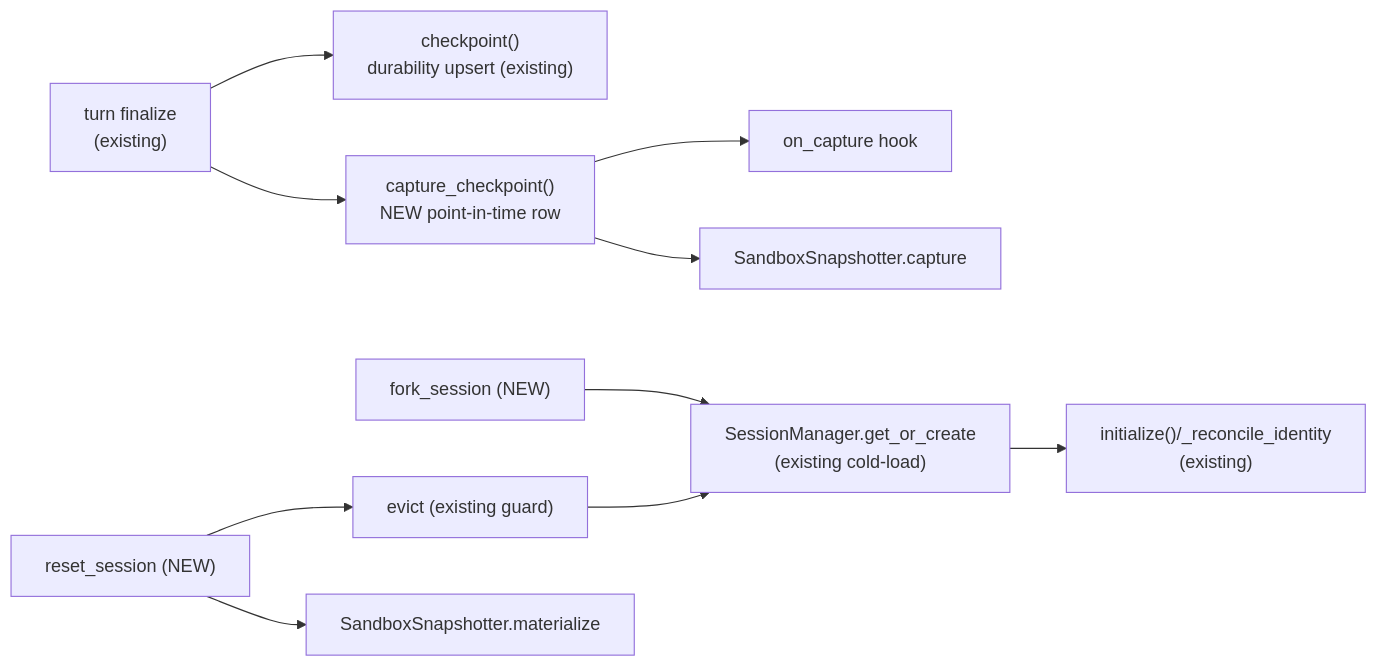
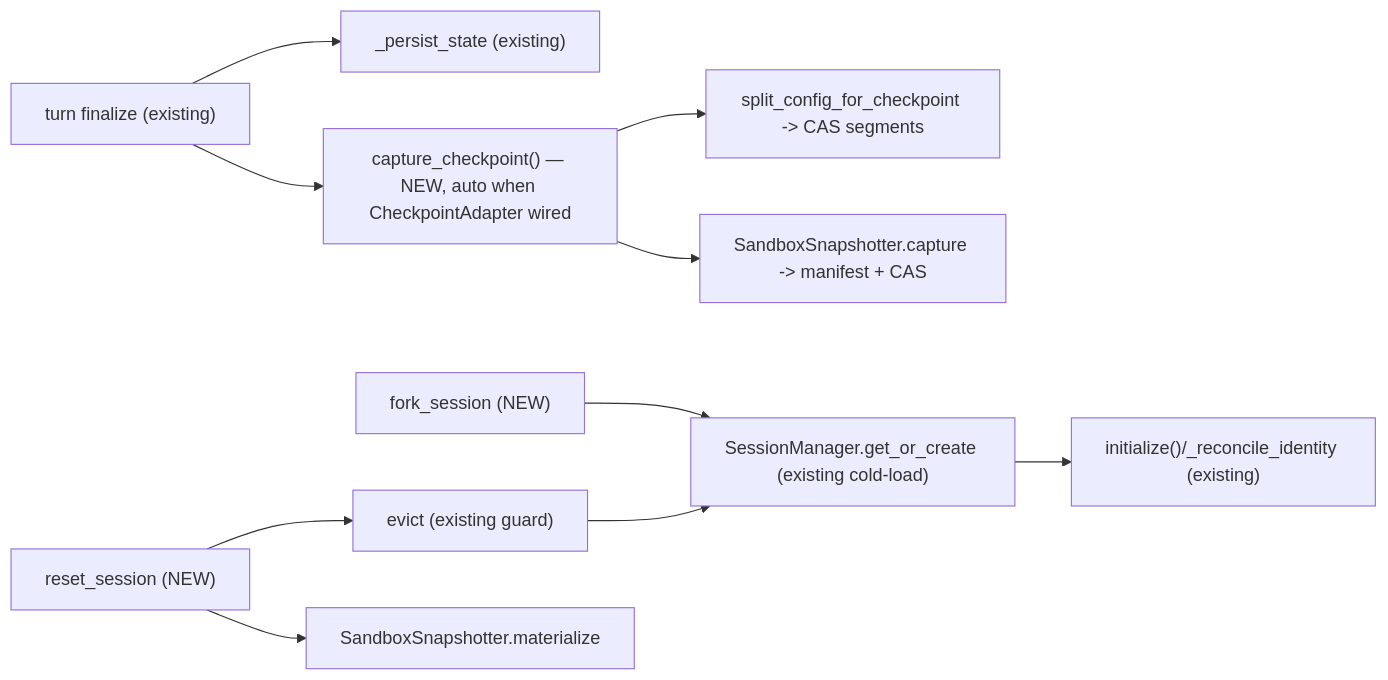
One commit to AuroSoni/agent-harness changed the diagram in fork_reset_design/01-anthropic-agent-library.md. Above: the diagram before and after it, drawn with Mermaid. The commit also changed other lines of this file and 6 other files, not shown here.

````diff
--- a/fork_reset_design/01-anthropic-agent-library.md
+++ b/fork_reset_design/01-anthropic-agent-library.md
@@ -278,12 +335,12 @@
 ```mermaid
 graph LR
-    TURN["turn finalize<br/>(existing)"] --> DUR["checkpoint()<br/>durability upsert (existing)"]
-    TURN --> CAP["capture_checkpoint()<br/>NEW point-in-time row"]
-    CAP --> H1["on_capture hook"]
-    CAP --> SNAP["SandboxSnapshotter.capture"]
-    GOC["SessionManager.get_or_create<br/>(existing cold-load)"] --> INIT["initialize()/_reconcile_identity<br/>(existing)"]
+    TURN["turn finalize (existing)"] --> PERSIST["_persist_state (existing)"]
+    TURN --> CAP["capture_checkpoint() — NEW, auto when CheckpointAdapter wired"]
+    CAP --> SPLIT["split_config_for_checkpoint -> CAS segments"]
+    CAP --> SNAP["SandboxSnapshotter.capture -> manifest + CAS"]
+    GOC["SessionManager.get_or_create (existing cold-load)"] --> INIT["initialize()/_reconcile_identity (existing)"]
     FORK["fork_session (NEW)"] --> GOC
     RESET["reset_session (NEW)"] --> EV["evict (existing guard)"]
     EV --> GOC
-    RESET --> SNAPM["SandboxSnapshotter.materialize"]
+    RESET --> MAT["SandboxSnapshotter.materialize"]
 ```
````
